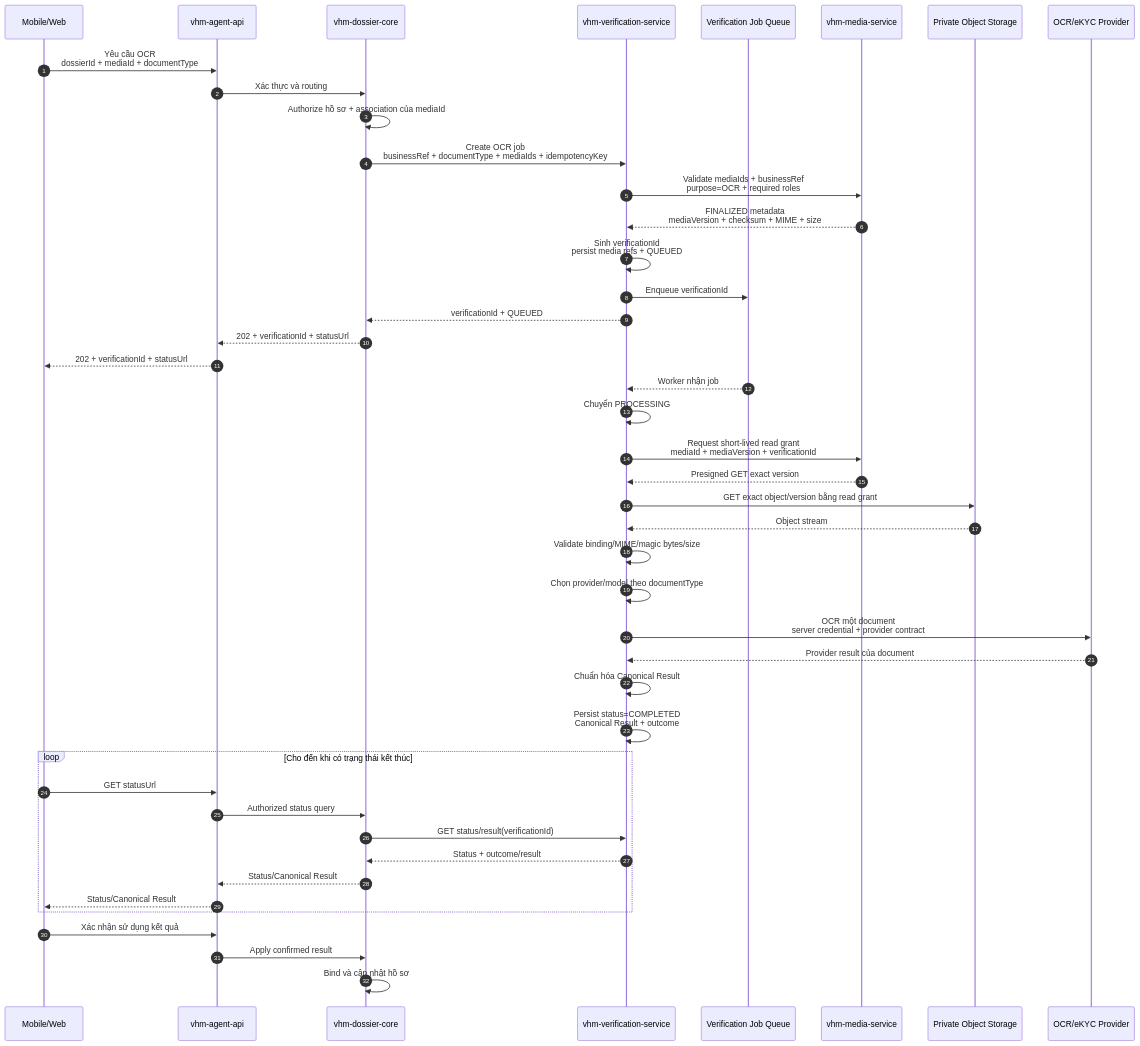
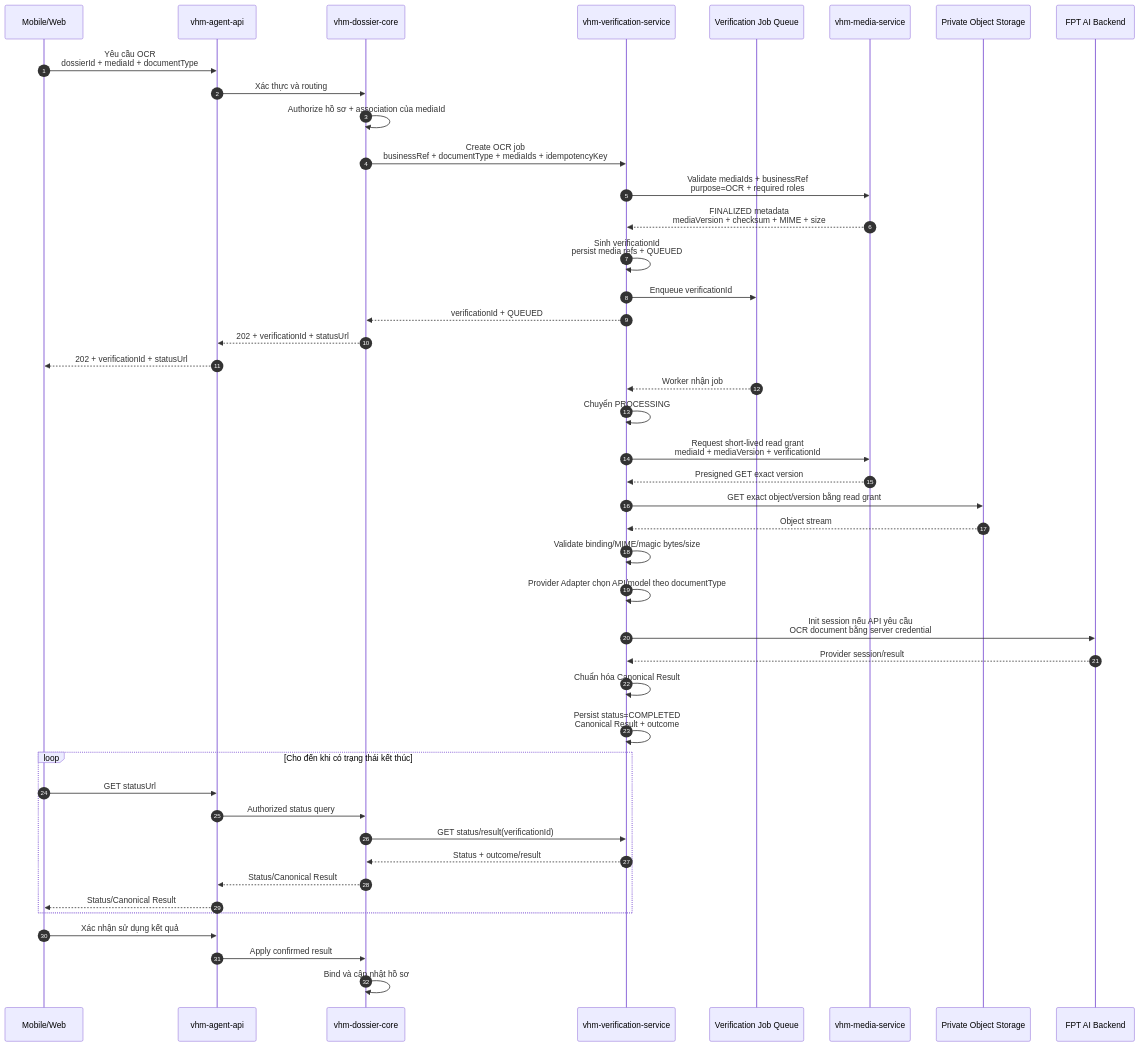
One commit to huynv-xyz/vhm changed the fourth of 7 diagrams in noxh.md. Above: the diagram before and after it, drawn with Mermaid. The commit also changed other lines of this file, not shown here.

````diff
--- a/noxh.md
+++ b/noxh.md
@@ -255,52 +256,52 @@
 ```mermaid
 sequenceDiagram
     autonumber
     participant CLIENT as Mobile/Web
     participant BFF as vhm-agent-api
     participant NOXH as vhm-dossier-core
     participant OCR as vhm-verification-service
     participant QUEUE as Verification Job Queue
     participant MEDIA_API as vhm-media-service
     participant MEDIA as Private Object Storage
-    participant PROVIDER as OCR/eKYC Provider
+    participant PROVIDER as FPT AI Backend
 
     CLIENT->>BFF: Yêu cầu OCR<br/>dossierId + mediaId + documentType
     BFF->>NOXH: Xác thực và routing
     NOXH->>NOXH: Authorize hồ sơ + association của mediaId
     NOXH->>OCR: Create OCR job<br/>businessRef + documentType + mediaIds + idempotencyKey
     OCR->>MEDIA_API: Validate mediaIds + businessRef<br/>purpose=OCR + required roles
     MEDIA_API-->>OCR: FINALIZED metadata<br/>mediaVersion + checksum + MIME + size
     OCR->>OCR: Sinh verificationId<br/>persist media refs + QUEUED
     OCR->>QUEUE: Enqueue verificationId
     OCR-->>NOXH: verificationId + QUEUED
     NOXH-->>BFF: 202 + verificationId + statusUrl
     BFF-->>CLIENT: 202 + verificationId + statusUrl
 
     QUEUE-->>OCR: Worker nhận job
     OCR->>OCR: Chuyển PROCESSING
     OCR->>MEDIA_API: Request short-lived read grant<br/>mediaId + mediaVersion + verificationId
     MEDIA_API-->>OCR: Presigned GET exact version
     OCR->>MEDIA: GET exact object/version bằng read grant
     MEDIA-->>OCR: Object stream
     OCR->>OCR: Validate binding/MIME/magic bytes/size
 
-    OCR->>OCR: Chọn provider/model theo documentType
-    OCR->>PROVIDER: OCR một document<br/>server credential + provider contract
-    PROVIDER-->>OCR: Provider result của document
+    OCR->>OCR: Provider Adapter chọn API/model theo documentType
+    OCR->>PROVIDER: Init session nếu API yêu cầu<br/>OCR document bằng server credential
+    PROVIDER-->>OCR: Provider session/result
 
     OCR->>OCR: Chuẩn hóa Canonical Result
     OCR->>OCR: Persist status=COMPLETED<br/>Canonical Result + outcome
 
     loop Cho đến khi có trạng thái kết thúc
         CLIENT->>BFF: GET statusUrl
         BFF->>NOXH: Authorized status query
         NOXH->>OCR: GET status/result(verificationId)
         OCR-->>NOXH: Status + outcome/result
         NOXH-->>BFF: Status/Canonical Result
         BFF-->>CLIENT: Status/Canonical Result
     end
 
     CLIENT->>BFF: Xác nhận sử dụng kết quả
     BFF->>NOXH: Apply confirmed result
     NOXH->>NOXH: Bind và cập nhật hồ sơ
 ```
````
